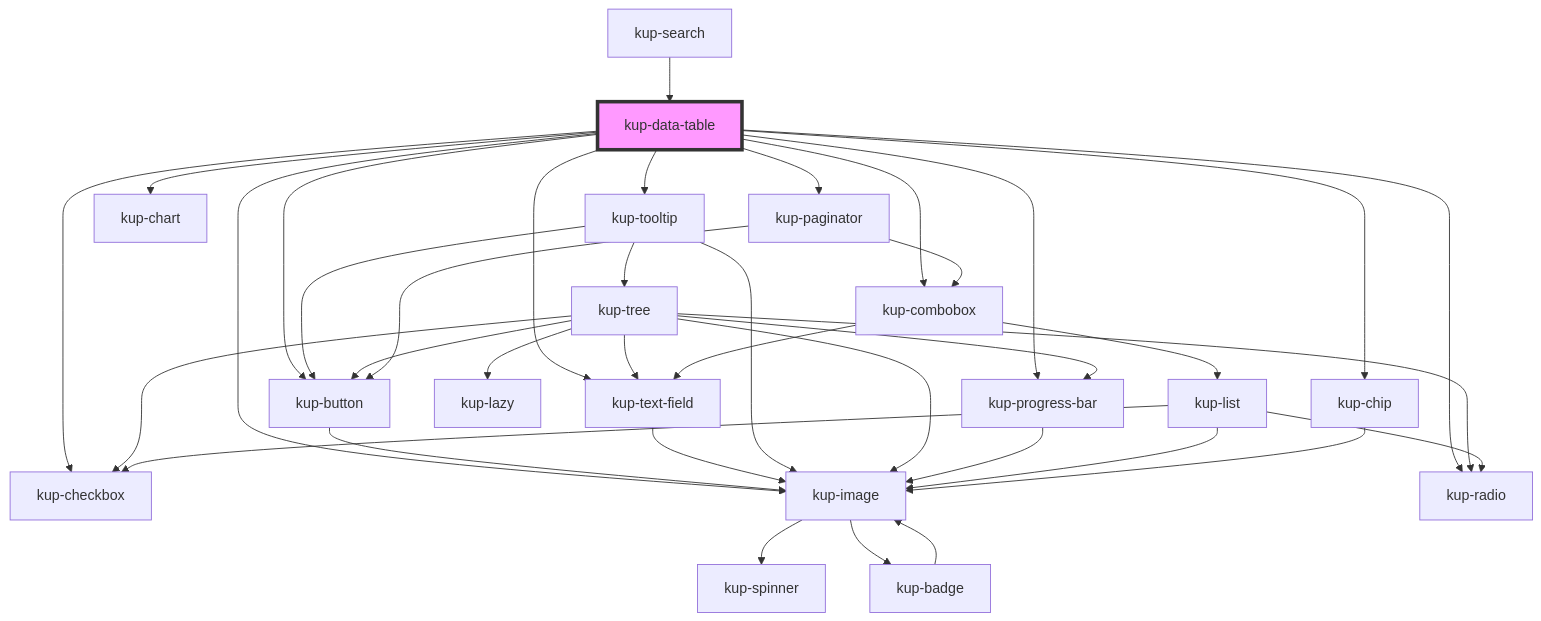
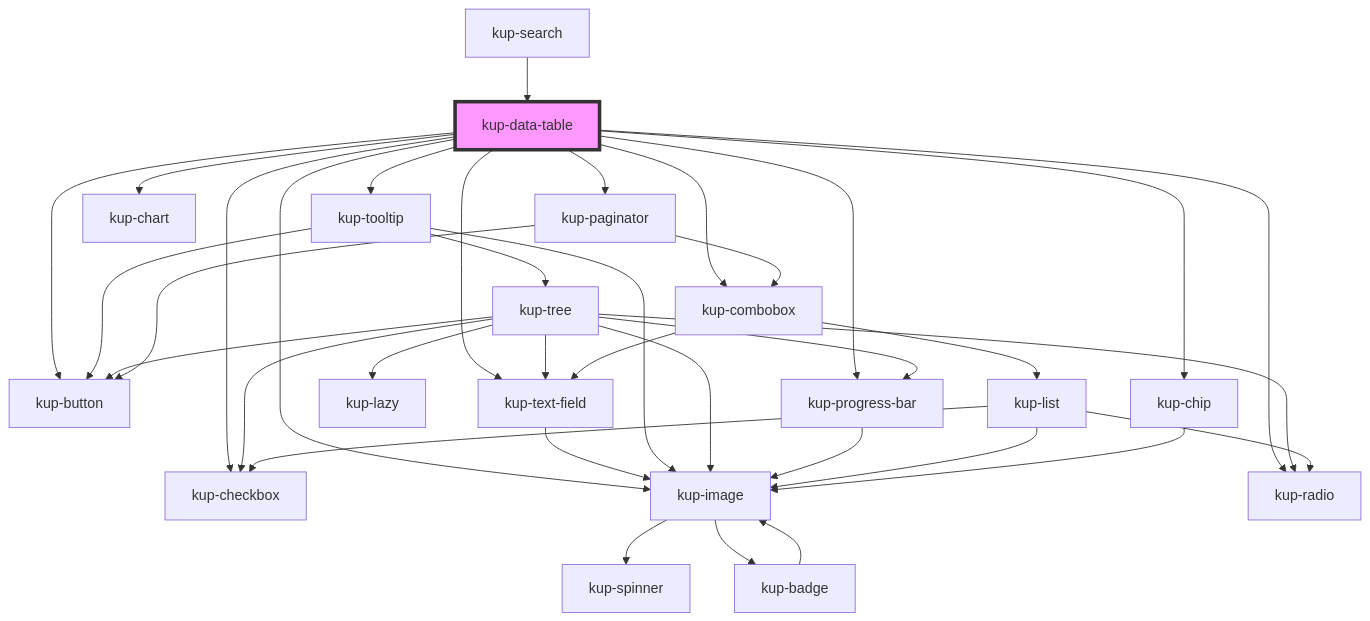
Before and after one commit to smeup/ketchup: the diagram in packages/ketchup/src/components/kup-data-table/readme.md, drawn with Mermaid. The commit also changed 17 other files, not shown here.

Commit message:
Removed kup-image from kup-button.

````diff
--- a/packages/ketchup/src/components/kup-data-table/readme.md
+++ b/packages/ketchup/src/components/kup-data-table/readme.md
@@ -141,40 +141,39 @@
 ```mermaid
 graph TD;
   kup-data-table --> kup-checkbox
   kup-data-table --> kup-button
   kup-data-table --> kup-text-field
   kup-data-table --> kup-tooltip
   kup-data-table --> kup-image
   kup-data-table --> kup-chart
   kup-data-table --> kup-progress-bar
   kup-data-table --> kup-radio
   kup-data-table --> kup-paginator
   kup-data-table --> kup-combobox
   kup-data-table --> kup-chip
-  kup-button --> kup-image
+  kup-text-field --> kup-image
   kup-image --> kup-spinner
   kup-image --> kup-badge
   kup-badge --> kup-image
-  kup-text-field --> kup-image
   kup-tooltip --> kup-button
   kup-tooltip --> kup-image
   kup-tooltip --> kup-tree
   kup-tree --> kup-lazy
   kup-tree --> kup-button
   kup-tree --> kup-checkbox
   kup-tree --> kup-image
   kup-tree --> kup-progress-bar
   kup-tree --> kup-radio
   kup-tree --> kup-text-field
   kup-progress-bar --> kup-image
   kup-paginator --> kup-button
   kup-paginator --> kup-combobox
   kup-combobox --> kup-text-field
   kup-combobox --> kup-list
   kup-list --> kup-image
   kup-list --> kup-radio
   kup-list --> kup-checkbox
   kup-chip --> kup-image
   kup-search --> kup-data-table
   style kup-data-table fill:#f9f,stroke:#333,stroke-width:4px
 ```
````
